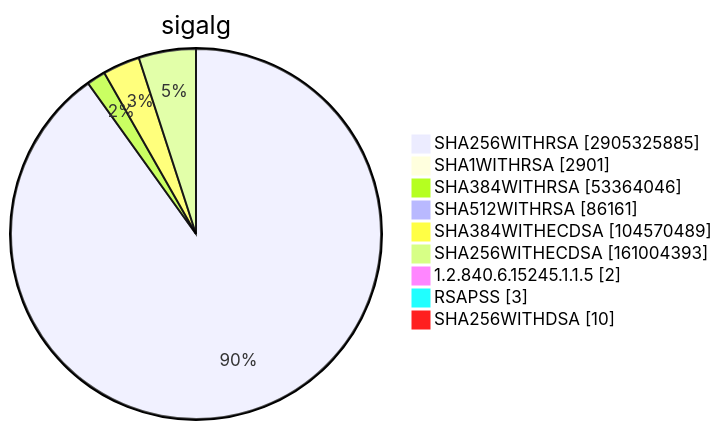
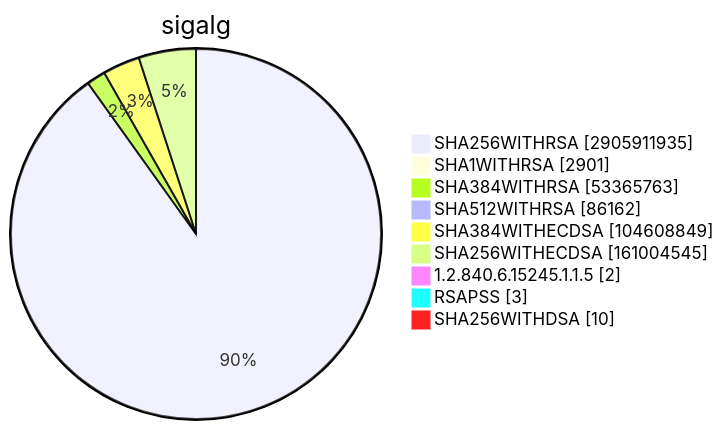
Diagram 15 of 15 in TOTAL/README.md (christiankrug/ctmonitor_visualization), drawn with Mermaid before and after one commit. The commit also changed other lines of this file, not shown here.

````diff
--- a/TOTAL/README.md
+++ b/TOTAL/README.md
@@ -6207,13 +6207,13 @@
 ```mermaid
 pie showData
 title sigalg
-"SHA256WITHRSA" :2905325885
+"SHA256WITHRSA" :2905911935
 "SHA1WITHRSA" :2901
-"SHA384WITHRSA" :53364046
-"SHA512WITHRSA" :86161
-"SHA384WITHECDSA" :104570489
-"SHA256WITHECDSA" :161004393
+"SHA384WITHRSA" :53365763
+"SHA512WITHRSA" :86162
+"SHA384WITHECDSA" :104608849
+"SHA256WITHECDSA" :161004545
 "1.2.840.6.15245.1.1.5" :2
 "RSAPSS" :3
 "SHA256WITHDSA" :10
 ```
````
